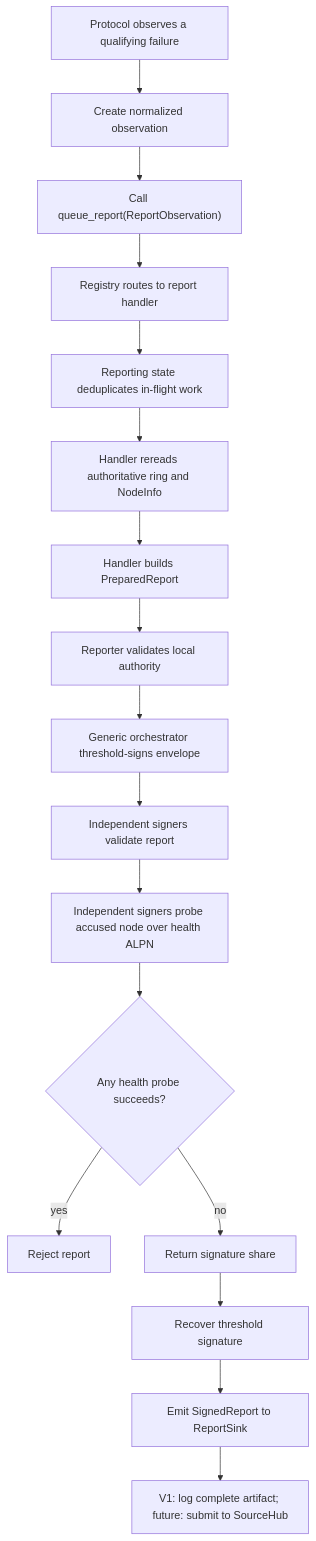
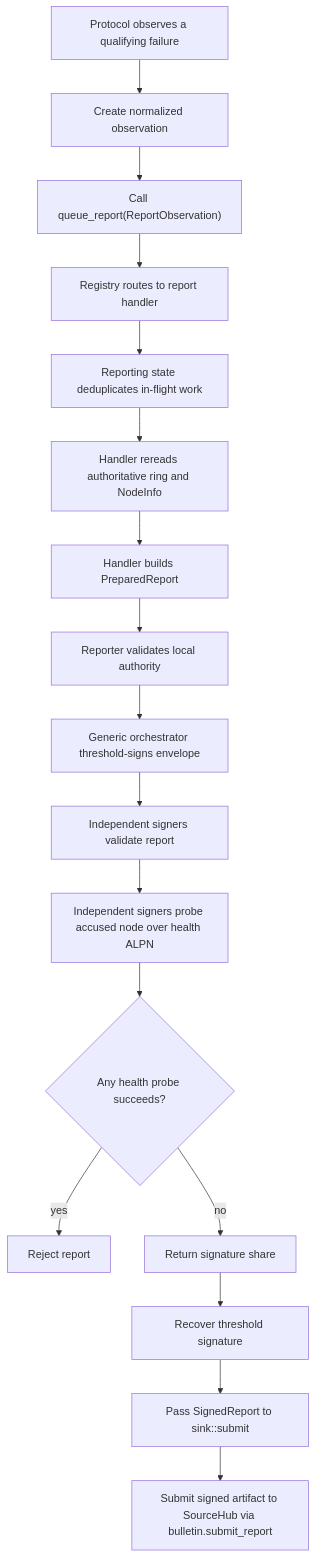
The diagram in bin/orbis-node/src/reporting/README.md (sourcenetwork/orbis-rs), drawn with Mermaid before and after one commit. The commit also changed other lines of this file and 6 other files, not shown here.

````diff
--- a/bin/orbis-node/src/reporting/README.md
+++ b/bin/orbis-node/src/reporting/README.md
@@ -15,19 +15,19 @@
 ```mermaid
 flowchart TD
     A["Protocol observes a qualifying failure"] --> B["Create normalized observation"]
     B --> C["Call queue_report(ReportObservation)"]
     C --> D["Registry routes to report handler"]
     D --> E["Reporting state deduplicates in-flight work"]
     E --> F["Handler rereads authoritative ring and NodeInfo"]
     F --> G["Handler builds PreparedReport"]
     G --> H["Reporter validates local authority"]
     H --> I["Generic orchestrator threshold-signs envelope"]
     I --> J["Independent signers validate report"]
     J --> K["Independent signers probe accused node over health ALPN"]
     K --> L{"Any health probe succeeds?"}
     L -- "yes" --> M["Reject report"]
     L -- "no" --> N["Return signature share"]
     N --> O["Recover threshold signature"]
-    O --> P["Emit SignedReport to ReportSink"]
-    P --> Q["V1: log complete artifact; future: submit to SourceHub"]
+    O --> P["Pass SignedReport to sink::submit"]
+    P --> Q["Submit signed artifact to SourceHub via bulletin.submit_report"]
 ```
````
